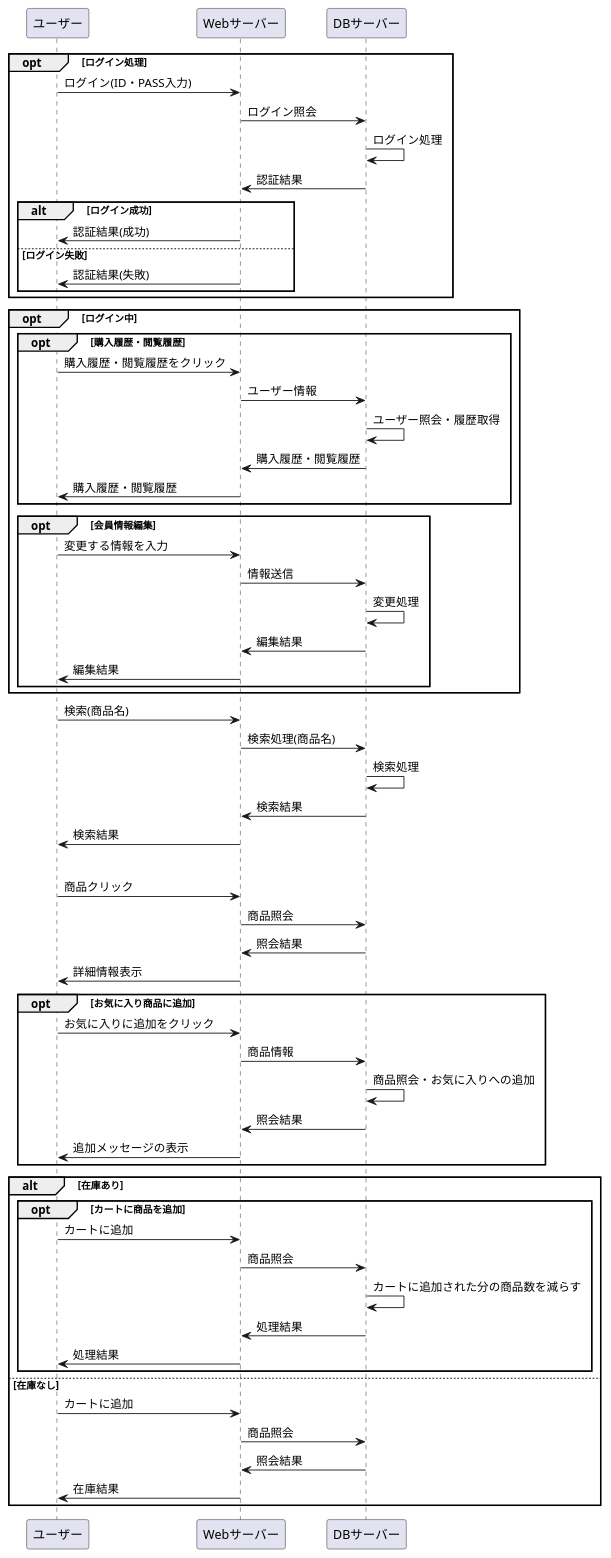
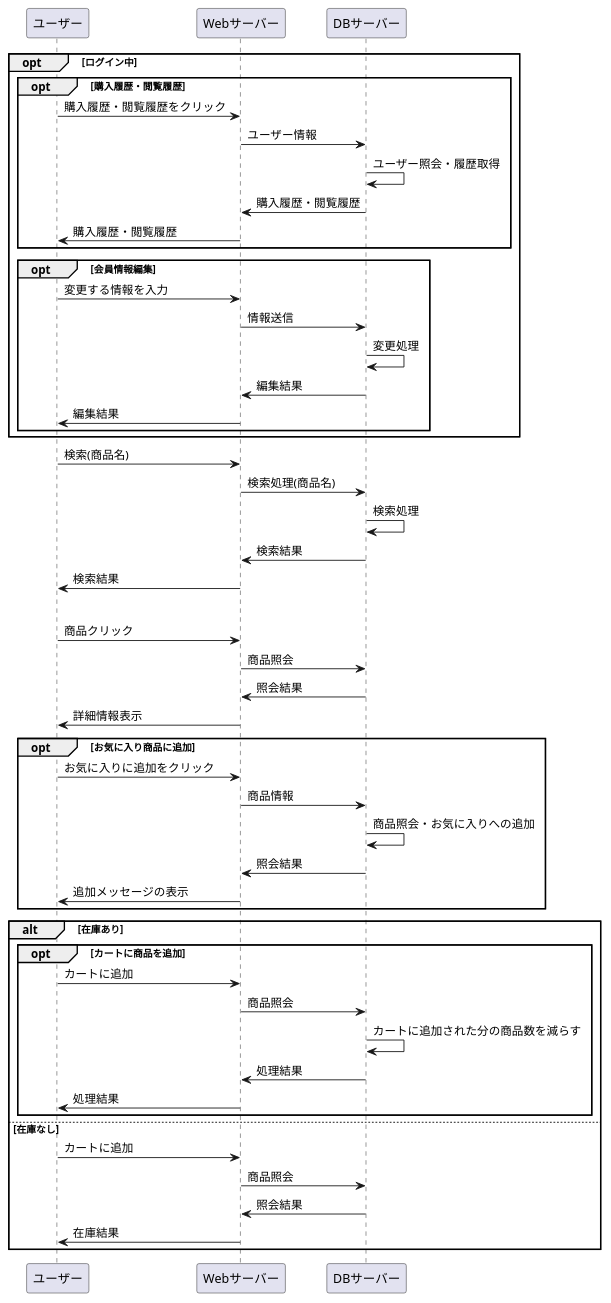
The diagram in システム開発/業務フロー/業務フロー.md (Aso2001163/2021sys-design-2), drawn with PlantUML before and after one commit.

````diff
--- a/システム開発/業務フロー/業務フロー.md
+++ b/システム開発/業務フロー/業務フロー.md
@@ -1,73 +1,60 @@
 ```uml
 @startuml
-
-opt ログイン処理
-ユーザー -> Webサーバー : ログイン(ID・PASS入力)
-Webサーバー -> DBサーバー : ログイン照会
-DBサーバー -> DBサーバー : ログイン処理
-DBサーバー -> Webサーバー : 認証結果
-
-alt ログイン成功
-Webサーバー -> ユーザー : 認証結果(成功)
-else ログイン失敗
-Webサーバー -> ユーザー : 認証結果(失敗)
-end
-end
 
 opt ログイン中
 
 opt 購入履歴・閲覧履歴
 ユーザー -> Webサーバー : 購入履歴・閲覧履歴をクリック
 Webサーバー -> DBサーバー :ユーザー情報
 DBサーバー -> DBサーバー : ユーザー照会・履歴取得
 DBサーバー -> Webサーバー : 購入履歴・閲覧履歴
 Webサーバー -> ユーザー : 購入履歴・閲覧履歴
 end
 
 opt 会員情報編集
 ユーザー -> Webサーバー : 変更する情報を入力
 Webサーバー -> DBサーバー :情報送信
 DBサーバー -> DBサーバー : 変更処理
 DBサーバー -> Webサーバー : 編集結果
 Webサーバー -> ユーザー : 編集結果
 end
 end
 
 ユーザー -> Webサーバー : 検索(商品名)
 Webサーバー -> DBサーバー : 検索処理(商品名)
 DBサーバー -> DBサーバー : 検索処理
 DBサーバー -> Webサーバー : 検索結果
 Webサーバー -> ユーザー : 検索結果
 
 opt 商品クリック(商品詳細表示)
 ユーザー -> Webサーバー : 商品クリック
 Webサーバー -> DBサーバー : 商品照会
 DBサーバー -> Webサーバー : 照会結果
 Webサーバー -> ユーザー : 詳細情報表示
 
 opt お気に入り商品に追加
 ユーザー -> Webサーバー : お気に入りに追加をクリック
 Webサーバー -> DBサーバー : 商品情報
 DBサーバー -> DBサーバー : 商品照会・お気に入りへの追加
 DBサーバー -> Webサーバー : 照会結果
 Webサーバー -> ユーザー : 追加メッセージの表示
 end
 
 alt 在庫あり
 opt カートに商品を追加
 ユーザー -> Webサーバー : カートに追加
 Webサーバー -> DBサーバー : 商品照会
 DBサーバー -> DBサーバー : カートに追加された分の商品数を減らす
 DBサーバー -> Webサーバー : 処理結果
 Webサーバー -> ユーザー : 処理結果
 end
 
 else 在庫なし
 ユーザー -> Webサーバー : カートに追加
 Webサーバー -> DBサーバー : 商品照会
 DBサーバー -> Webサーバー : 照会結果
 Webサーバー -> ユーザー : 在庫結果
 end
 
 @enduml
 ```
````
